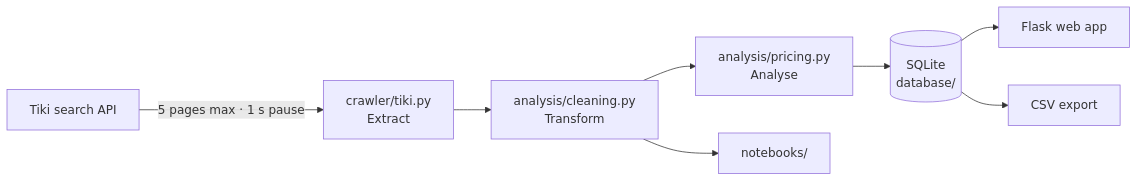
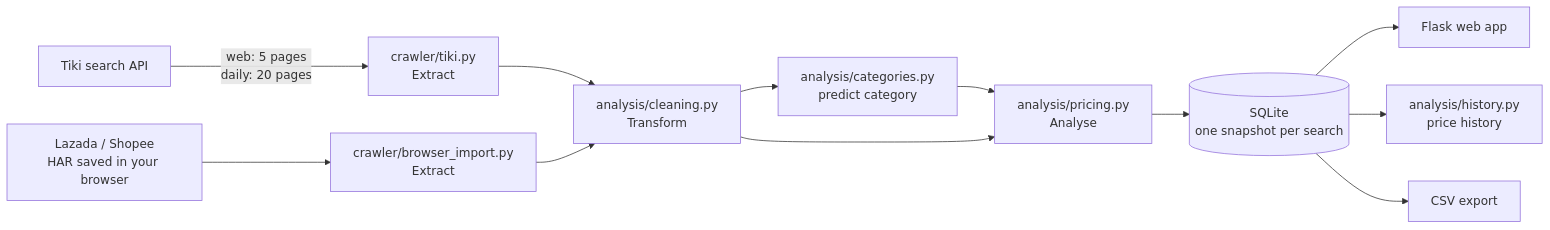
One commit to NamAnh-dev/Web-Crawler-for-E-commerce-Prices changed the diagram in README.md. Above: the diagram before and after it, drawn with Mermaid. The commit also changed other lines of this file and 32 other files, not shown here.

First line of the commit message:
Add Lazada/Shopee import from browser HAR files and daily Tiki collection

````diff
--- a/README.md
+++ b/README.md
@@ -23,10 +26,14 @@
 ```mermaid
 flowchart LR
-    A["Tiki search API"] -->|"5 pages max · 1 s pause"| B["crawler/tiki.py<br/>Extract"]
+    A["Tiki search API"] -->|"web: 5 pages<br/>daily: 20 pages"| B["crawler/tiki.py<br/>Extract"]
+    L["Lazada / Shopee<br/>HAR saved in your browser"] --> I["crawler/browser_import.py<br/>Extract"]
     B --> C["analysis/cleaning.py<br/>Transform"]
-    C --> D["analysis/pricing.py<br/>Analyse"]
-    D --> E[("SQLite<br/>database/")]
+    I --> C
+    C --> K["analysis/categories.py<br/>predict category"]
+    K --> D["analysis/pricing.py<br/>Analyse"]
+    C --> D
+    D --> E[("SQLite<br/>one snapshot per search")]
     E --> F["Flask web app"]
+    E --> H["analysis/history.py<br/>price history"]
     E --> G["CSV export"]
-    C --> H["notebooks/"]
 ```
````
